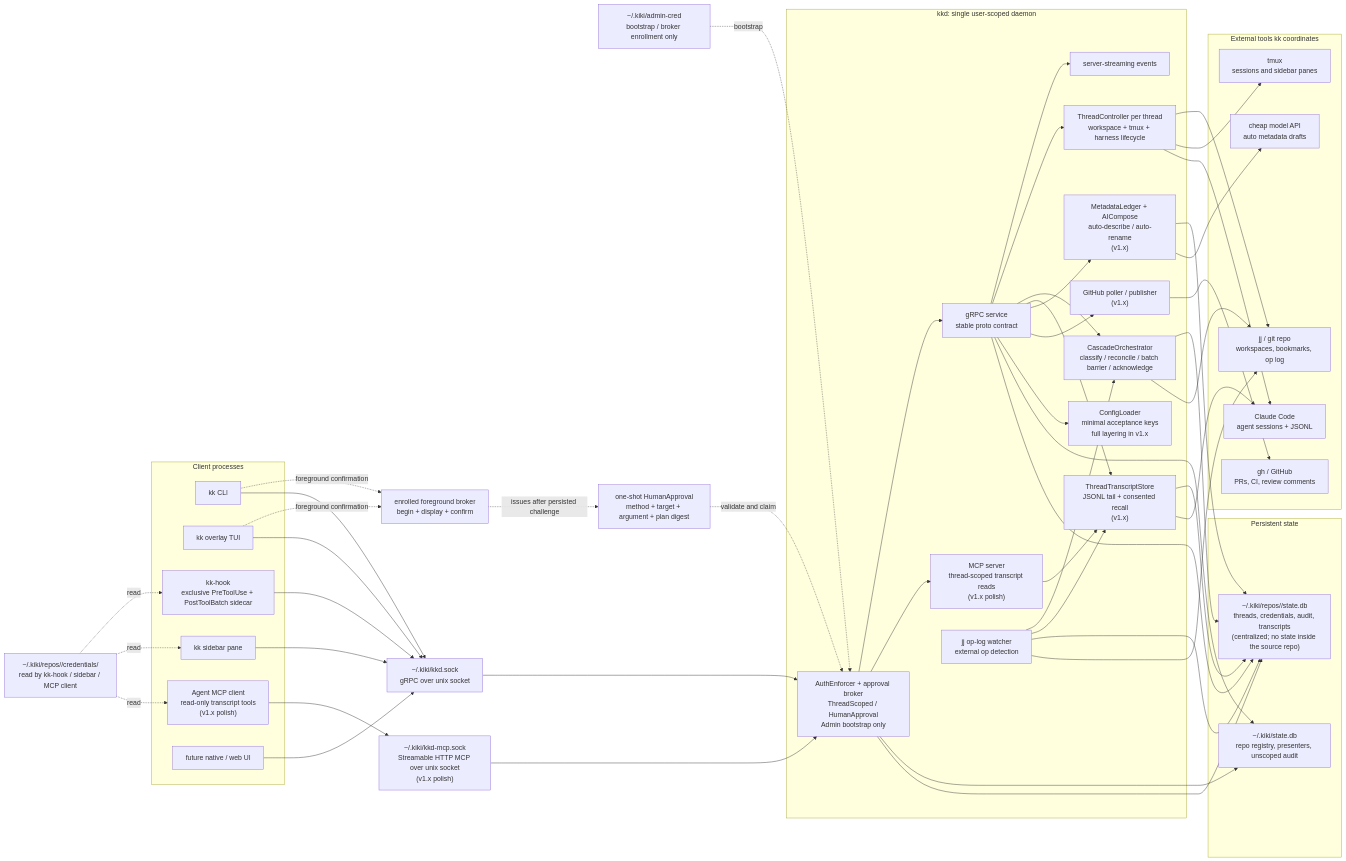
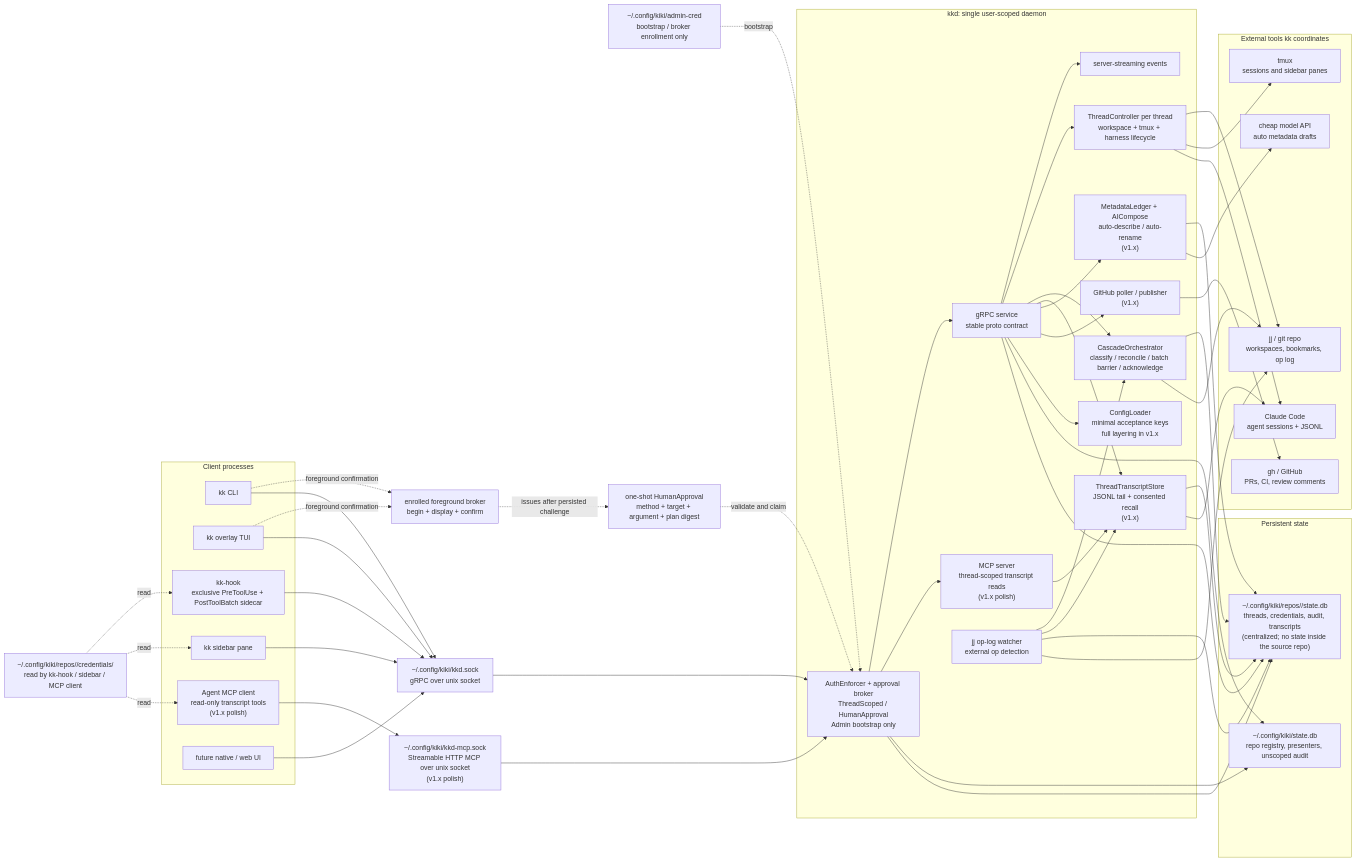
Before and after one commit to skeswa/kiki: the diagram in docs/reference/book/15-architecture/README.md, drawn with Mermaid. The commit also changed 19 other files, not shown here.

First line of the commit message:
Standardize kiki state under ~/.config

```diff
--- a/docs/reference/book/15-architecture/README.md
+++ b/docs/reference/book/15-architecture/README.md
@@ -26,12 +26,12 @@
         FutureUI["future native / web UI"]
     end
 
-    GrpcSock["~/.kiki/kkd.sock\ngRPC over unix socket"]
-    McpSock["~/.kiki/kkd-mcp.sock\nStreamable HTTP MCP over unix socket\n(v1.x polish)"]
-    AdminCred["~/.kiki/admin-cred\nbootstrap / broker enrollment only"]
+    GrpcSock["~/.config/kiki/kkd.sock\ngRPC over unix socket"]
+    McpSock["~/.config/kiki/kkd-mcp.sock\nStreamable HTTP MCP over unix socket\n(v1.x polish)"]
+    AdminCred["~/.config/kiki/admin-cred\nbootstrap / broker enrollment only"]
     Broker["enrolled foreground broker\nbegin + display + confirm"]
     Approval["one-shot HumanApproval\nmethod + target + argument + plan digest"]
-    HookCred["~/.kiki/repos/<repo_id>/credentials/<thread_id>\nread by kk-hook / sidebar / MCP client"]
+    HookCred["~/.config/kiki/repos/<repo_id>/credentials/<thread_id>\nread by kk-hook / sidebar / MCP client"]
 
     AdminCred -. bootstrap .-> Auth
     CLI -. foreground confirmation .-> Broker
@@ -75,8 +75,8 @@
     Watcher --> Transcript
 
     subgraph State["Persistent state"]
-        UserDb["~/.kiki/state.db\nrepo registry, presenters, unscoped audit"]
-        RepoDb["~/.kiki/repos/<repo_id>/state.db\nthreads, credentials, audit, transcripts\n(centralized; no state inside the source repo)"]
+        UserDb["~/.config/kiki/state.db\nrepo registry, presenters, unscoped audit"]
+        RepoDb["~/.config/kiki/repos/<repo_id>/state.db\nthreads, credentials, audit, transcripts\n(centralized; no state inside the source repo)"]
     end
 
     Auth --> UserDb
```
